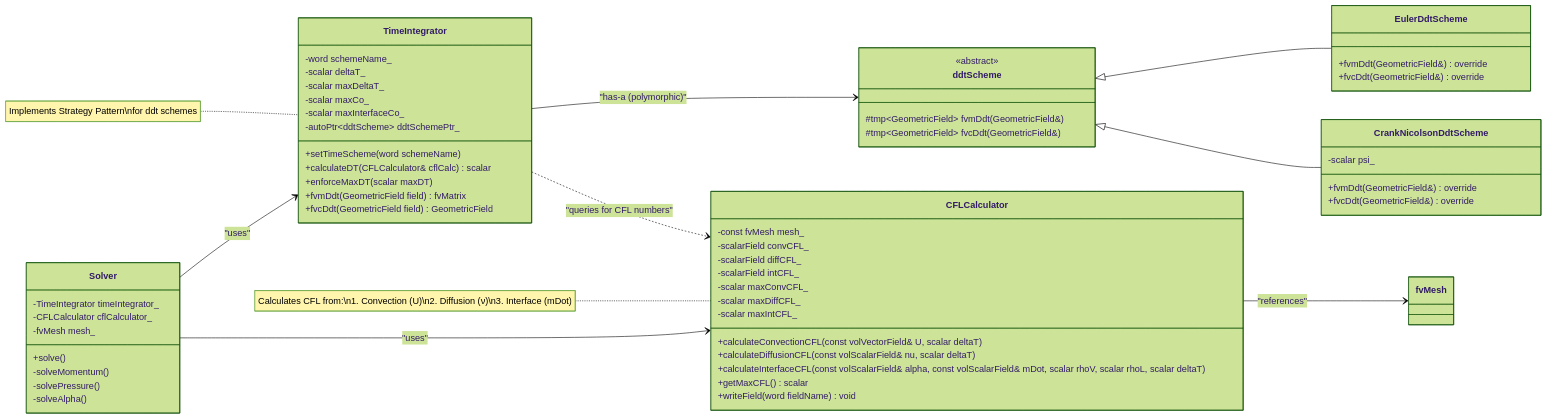
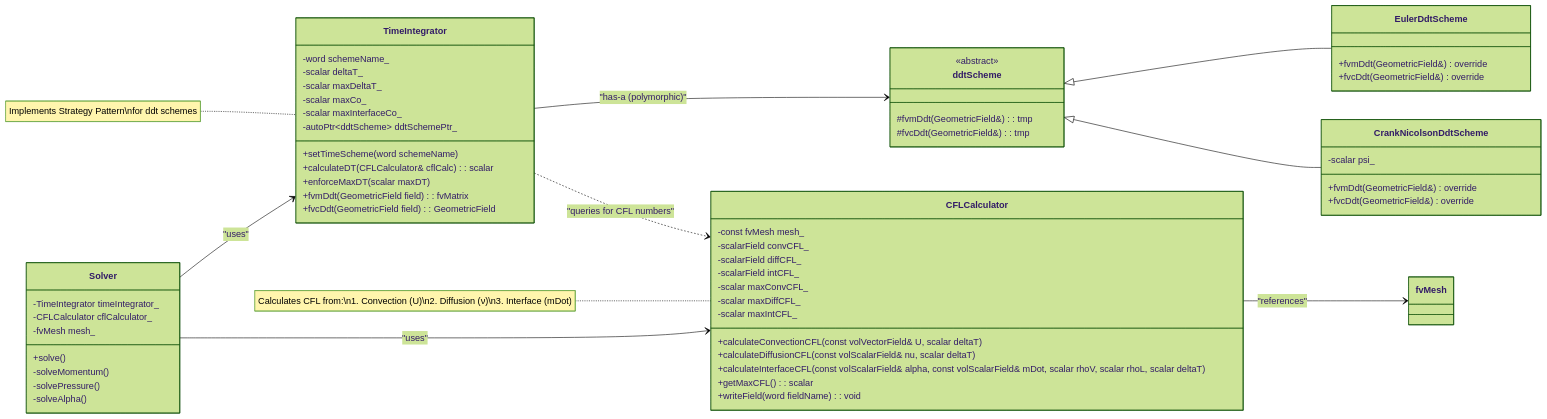
The diagram in daily_learning/2026-01-04.md (wramet/build-my-cfd), drawn with Mermaid (forest theme) before and after one commit. The commit also changed other lines of this file and 11 other files, not shown here.

````diff
--- a/daily_learning/2026-01-04.md
+++ b/daily_learning/2026-01-04.md
@@ -732,71 +732,71 @@
 ```mermaid
 classDiagram
     direction LR
 
     class Solver {
         -TimeIntegrator timeIntegrator_
         -CFLCalculator cflCalculator_
         -fvMesh mesh_
         +solve()
         -solveMomentum()
         -solvePressure()
         -solveAlpha()
     }
 
     class TimeIntegrator {
         -word schemeName_
         -scalar deltaT_
         -scalar maxDeltaT_
         -scalar maxCo_
         -scalar maxInterfaceCo_
         -autoPtr~ddtScheme~ ddtSchemePtr_
         +setTimeScheme(word schemeName)
-        +calculateDT(CFLCalculator& cflCalc) scalar
+        +calculateDT(CFLCalculator& cflCalc) : scalar
         +enforceMaxDT(scalar maxDT)
-        +fvmDdt(GeometricField field) fvMatrix
-        +fvcDdt(GeometricField field) GeometricField
+        +fvmDdt(GeometricField field) : fvMatrix
+        +fvcDdt(GeometricField field) : GeometricField
     }
 
     class CFLCalculator {
         -const fvMesh mesh_
         -scalarField convCFL_
         -scalarField diffCFL_
         -scalarField intCFL_
         -scalar maxConvCFL_
         -scalar maxDiffCFL_
         -scalar maxIntCFL_
         +calculateConvectionCFL(const volVectorField& U, scalar deltaT)
         +calculateDiffusionCFL(const volScalarField& nu, scalar deltaT)
         +calculateInterfaceCFL(const volScalarField& alpha, const volScalarField& mDot, scalar rhoV, scalar rhoL, scalar deltaT)
-        +getMaxCFL() scalar
-        +writeField(word fieldName) void
+        +getMaxCFL() : scalar
+        +writeField(word fieldName) : void
     }
 
     class ddtScheme {
         <<abstract>>
-        #tmp~GeometricField~ fvmDdt(GeometricField&)
-        #tmp~GeometricField~ fvcDdt(GeometricField&)
+        #fvmDdt(GeometricField&) : tmp<GeometricField>
+        #fvcDdt(GeometricField&) : tmp<GeometricField>
     }
 
     class EulerDdtScheme {
         +fvmDdt(GeometricField&) override
         +fvcDdt(GeometricField&) override
     }
 
     class CrankNicolsonDdtScheme {
         -scalar psi_
         +fvmDdt(GeometricField&) override
         +fvcDdt(GeometricField&) override
     }
 
     Solver --> TimeIntegrator : "uses"
     Solver --> CFLCalculator : "uses"
     TimeIntegrator --> ddtScheme : "has-a (polymorphic)"
     ddtScheme <|-- EulerDdtScheme
     ddtScheme <|-- CrankNicolsonDdtScheme
     CFLCalculator --> fvMesh : "references"
     TimeIntegrator ..> CFLCalculator : "queries for CFL numbers"
 
     note for TimeIntegrator "Implements Strategy Pattern\nfor ddt schemes"
     note for CFLCalculator "Calculates CFL from:\n1. Convection (U)\n2. Diffusion (ν)\n3. Interface (mDot)"
 ```
````
